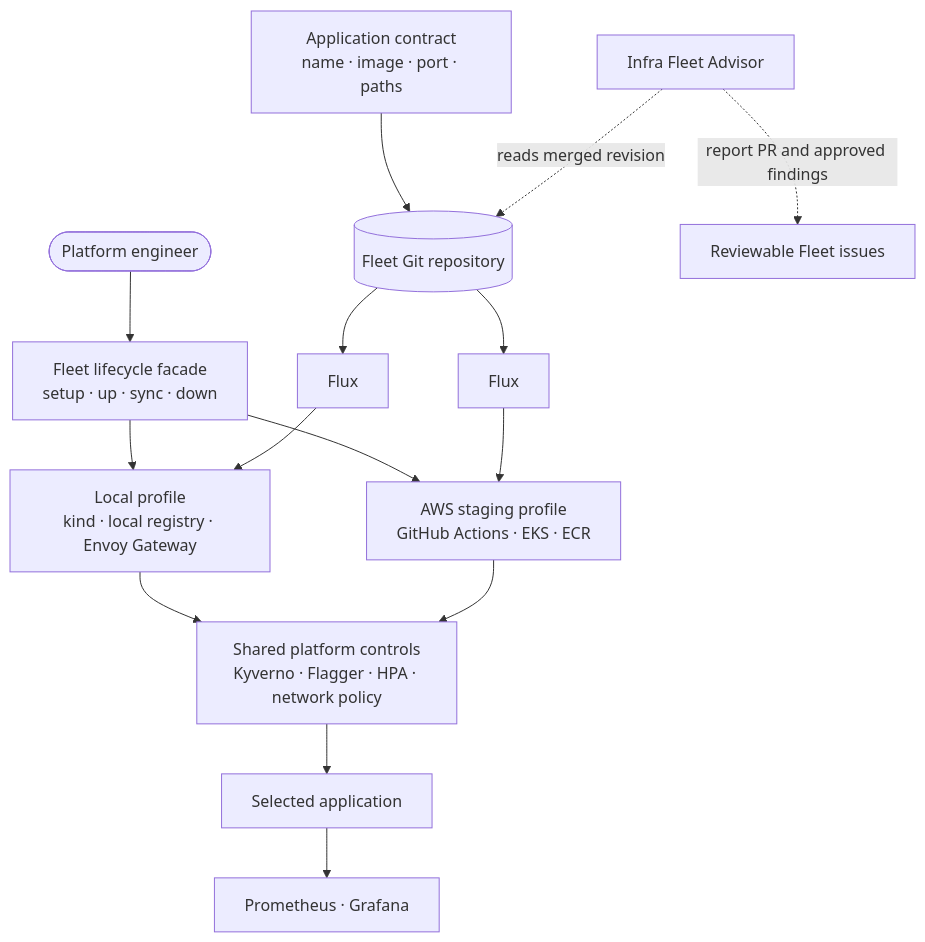
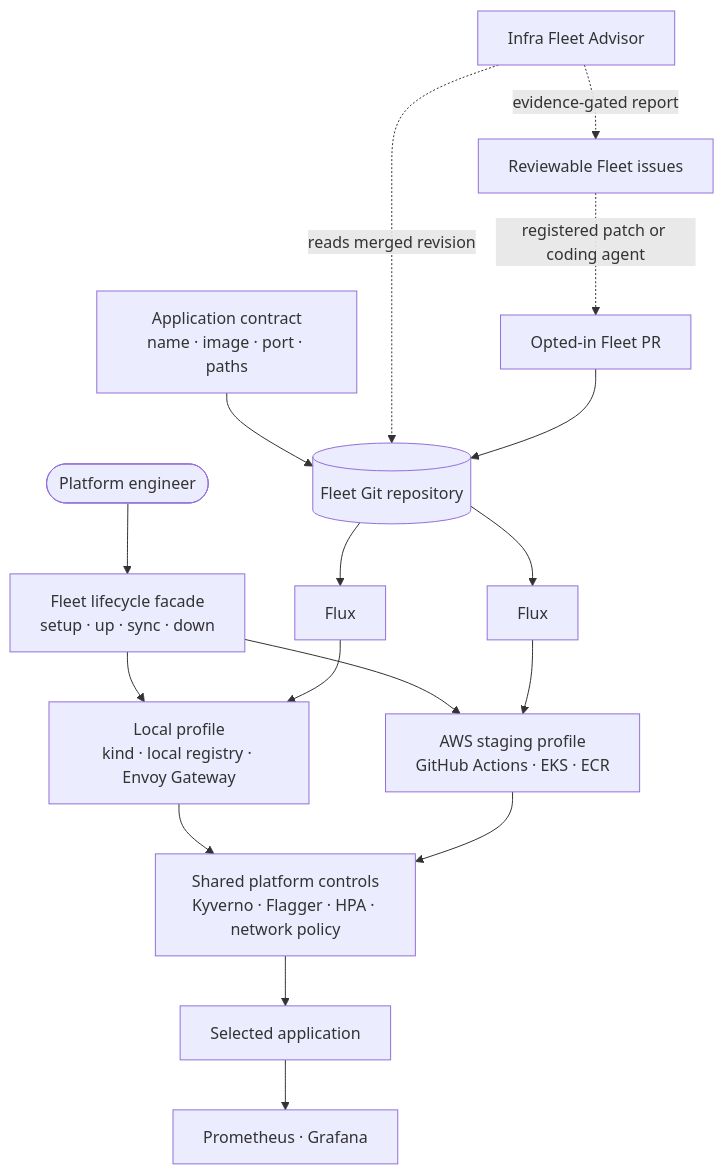
The diagram in README.md (ImranAdan/infra-fleet-public), drawn with Mermaid before and after one commit. The commit also changed other lines of this file and 15 other files, not shown here.

Commit message:
feat(automation): add evidence-gated autonomous delivery

````diff
--- a/README.md
+++ b/README.md
@@ -119,20 +126,22 @@
 ```mermaid
 flowchart TB
     Operator([Platform engineer]) --> CLI["Fleet lifecycle facade<br/>setup · up · sync · down"]
     CLI --> Local["Local profile<br/>kind · local registry · Envoy Gateway"]
     CLI --> AWS["AWS staging profile<br/>GitHub Actions · EKS · ECR"]
 
     Repo[(Fleet Git repository)] --> FluxLocal[Flux]
     Repo --> FluxAWS[Flux]
     FluxLocal --> Local
     FluxAWS --> AWS
 
     Contract["Application contract<br/>name · image · port · paths"] --> Repo
     Local --> Platform["Shared platform controls<br/>Kyverno · Flagger · HPA · network policy"]
     AWS --> Platform
     Platform --> App[Selected application]
     App --> Signals["Prometheus · Grafana"]
 
     Advisor[Infra Fleet Advisor] -. reads merged revision .-> Repo
-    Advisor -. report PR and approved findings .-> Work[Reviewable Fleet issues]
+    Advisor -. evidence-gated report .-> Work[Reviewable Fleet issues]
+    Work -. registered patch or coding agent .-> Fix[Opted-in Fleet PR]
+    Fix --> Repo
 ```
````
